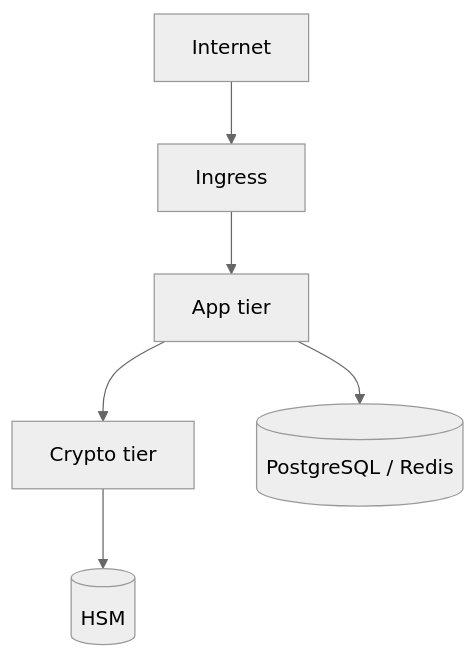
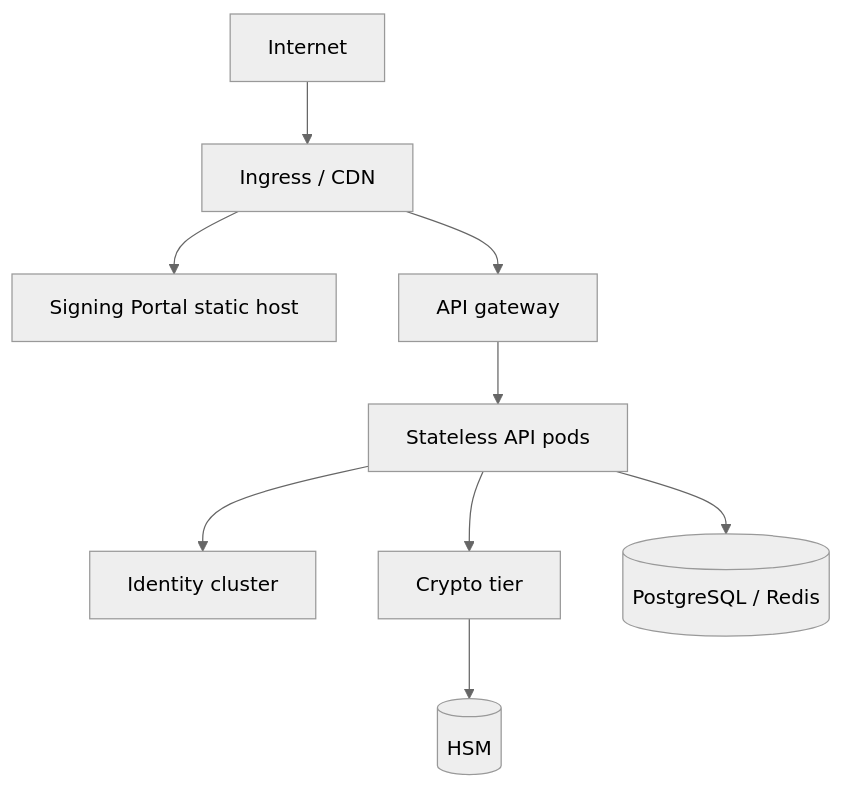
The fourth of 4 diagrams in signing-platform-architecture/README.md (talha-bilal/trust-platform-samples), drawn with Mermaid (neutral theme) before and after one commit. The commit also changed other lines of this file and 6 other files, not shown here.

First line of the commit message:
Align platform docs with Signing Portal architecture

````diff
--- a/signing-platform-architecture/README.md
+++ b/signing-platform-architecture/README.md
@@ -20,8 +155,11 @@
 ```mermaid
 flowchart TB
-  internet[Internet] --> ingress[Ingress]
-  ingress --> apps[App tier]
-  apps --> crypto[Crypto tier]
-  apps --> data[(PostgreSQL / Redis)]
+  internet[Internet] --> ingress[Ingress / CDN]
+  ingress --> spa[Signing Portal static host]
+  ingress --> gw[API gateway]
+  gw --> svc[Stateless API pods]
+  svc --> idp[Identity cluster]
+  svc --> crypto[Crypto tier]
+  svc --> db[(PostgreSQL / Redis)]
   crypto --> hsm[(HSM)]
 ```
````
